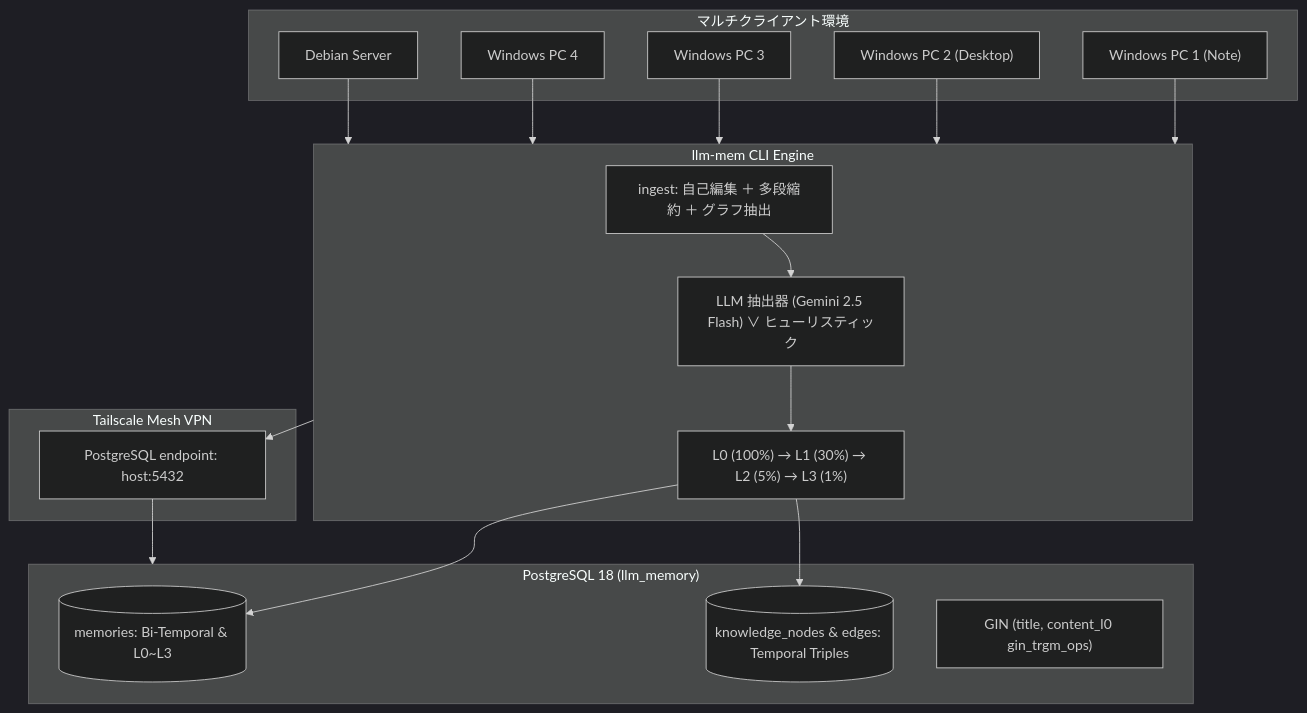
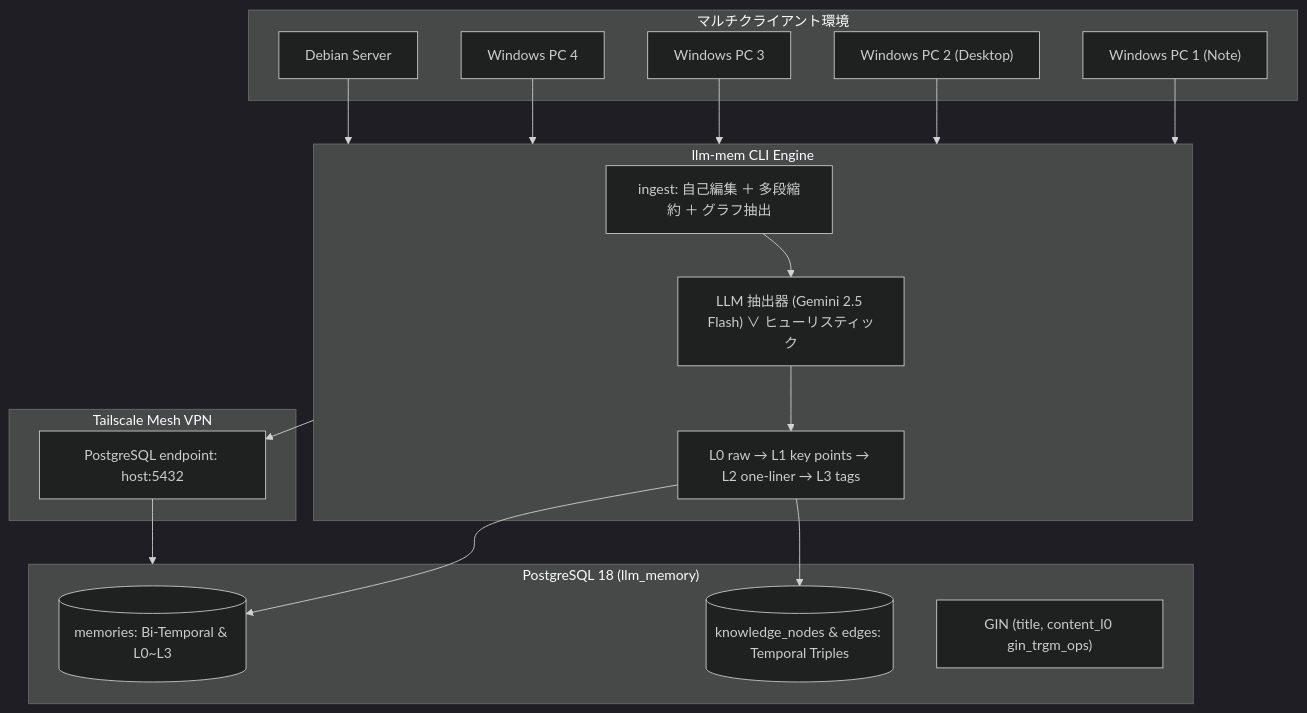
One commit to letwir/llm-memory changed the diagram in docs/shm_architecture.md. Above: the diagram before and after it, drawn with Mermaid (dark theme). The commit also changed other lines of this file and 13 other files, not shown here.

````diff
--- a/docs/shm_architecture.md
+++ b/docs/shm_architecture.md
@@ -5,33 +5,33 @@
 ```mermaid
 flowchart TD
     subgraph Clients["マルチクライアント環境"]
         W1["Windows PC 1 (Note)"]
         W2["Windows PC 2 (Desktop)"]
         W3["Windows PC 3"]
         W4["Windows PC 4"]
         Deb["Debian Server"]
     end
 
     subgraph Network["Tailscale Mesh VPN"]
         TS["PostgreSQL endpoint: host:5432"]
     end
 
     subgraph Engine["llm-mem CLI Engine"]
         Ingest["ingest: 自己編集 ＋ 多段縮約 ＋ グラフ抽出"]
         Extractor["LLM 抽出器 (Gemini 2.5 Flash) ∨ ヒューリスティック"]
-        Compactor["L0 (100%) → L1 (30%) → L2 (5%) → L3 (1%)"]
+        Compactor["L0 raw → L1 key points → L2 one-liner → L3 tags"]
     end
 
     subgraph PostgreSQL["PostgreSQL 18 (llm_memory)"]
         MemTable[("memories: Bi-Temporal & L0~L3")]
         GraphTable[("knowledge_nodes & edges: Temporal Triples")]
         TrgmIndex["GIN (title, content_l0 gin_trgm_ops)"]
     end
 
     W1 & W2 & W3 & W4 & Deb --> Engine
     Engine --> TS
     TS --> PostgreSQL
     Ingest --> Extractor
     Extractor --> Compactor
     Compactor --> MemTable & GraphTable
 ```
````
